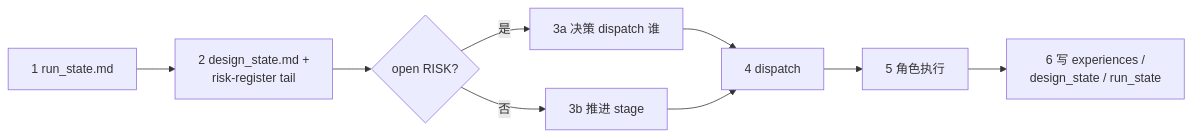
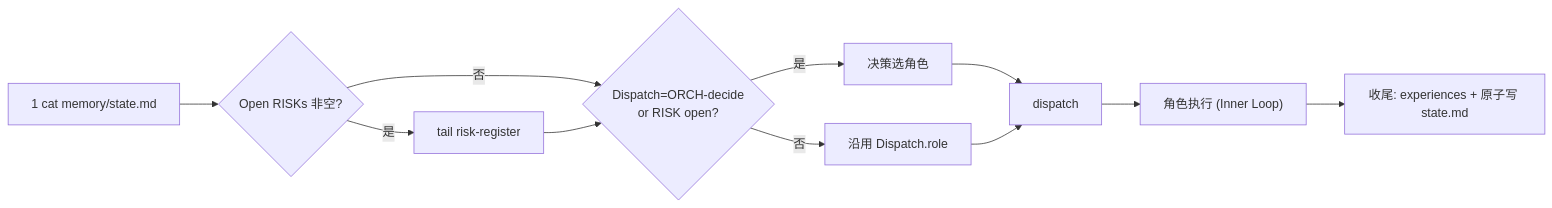
One commit to AArlert/rkv_v1pro_labs changed the first of 2 diagrams in ppa-lab-copilot/agents/orchestrator.md. Above: the diagram before and after it, drawn with Mermaid. The commit also changed other lines of this file and 14 other files, not shown here.

````diff
--- a/ppa-lab-copilot/agents/orchestrator.md
+++ b/ppa-lab-copilot/agents/orchestrator.md
@@ -52,11 +58,13 @@
 ```mermaid
 flowchart LR
-    O1["1 run_state.md"] --> O2["2 design_state.md +<br/>risk-register tail"]
-    O2 --> O3{"open RISK?"}
-    O3 -- "是" --> O4["3a 决策 dispatch 谁"]
-    O3 -- "否" --> O5["3b 推进 stage"]
-    O4 --> O6["4 dispatch <role>"]
-    O5 --> O6
-    O6 --> O7["5 角色执行"]
-    O7 --> O8["6 写 experiences /<br/>design_state / run_state"]
+    O1["1 cat memory/state.md"] --> O2{"Open RISKs 非空?"}
+    O2 -- "是" --> O3["tail risk-register"]
+    O2 -- "否" --> O4
+    O3 --> O4{"Dispatch=ORCH-decide<br/>or RISK open?"}
+    O4 -- "是" --> O5a["决策选角色"]
+    O4 -- "否" --> O5b["沿用 Dispatch.role"]
+    O5a --> O6["dispatch <role>"]
+    O5b --> O6
+    O6 --> O7["角色执行 (Inner Loop)"]
+    O7 --> O8["收尾: experiences + 原子写 state.md"]
 ```
````
